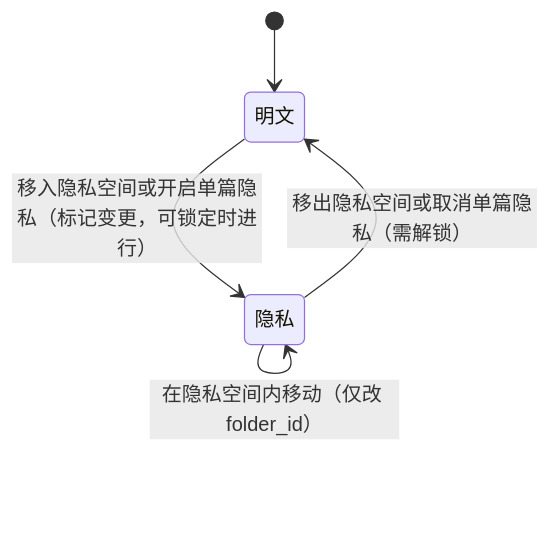
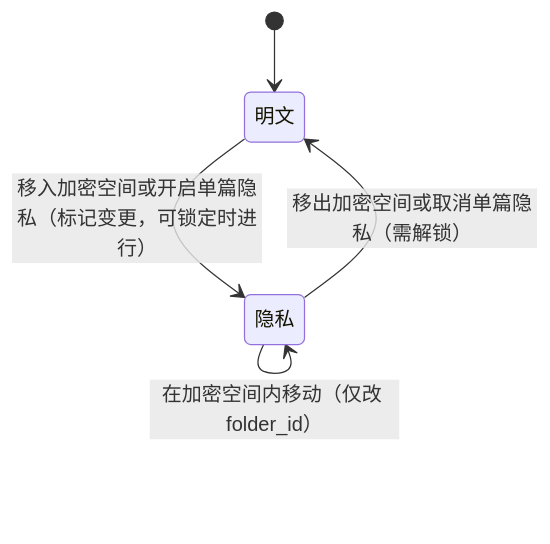
One commit to maxxie6418/MeNote changed the second of 2 diagrams in Menote-功能拆解-v2.md. Above: the diagram before and after it, drawn with Mermaid. The commit also changed other lines of this file, not shown here.

````diff
--- a/Menote-功能拆解-v2.md
+++ b/Menote-功能拆解-v2.md
@@ -913,7 +958,7 @@
 ```mermaid
 stateDiagram-v2
     [*] --> 明文
-    明文 --> 隐私: 移入隐私空间或开启单篇隐私（标记变更，可锁定时进行）
-    隐私 --> 明文: 移出隐私空间或取消单篇隐私（需解锁）
-    隐私 --> 隐私: 在隐私空间内移动（仅改 folder_id）
+    明文 --> 隐私: 移入加密空间或开启单篇隐私（标记变更，可锁定时进行）
+    隐私 --> 明文: 移出加密空间或取消单篇隐私（需解锁）
+    隐私 --> 隐私: 在加密空间内移动（仅改 folder_id）
 ```
````
